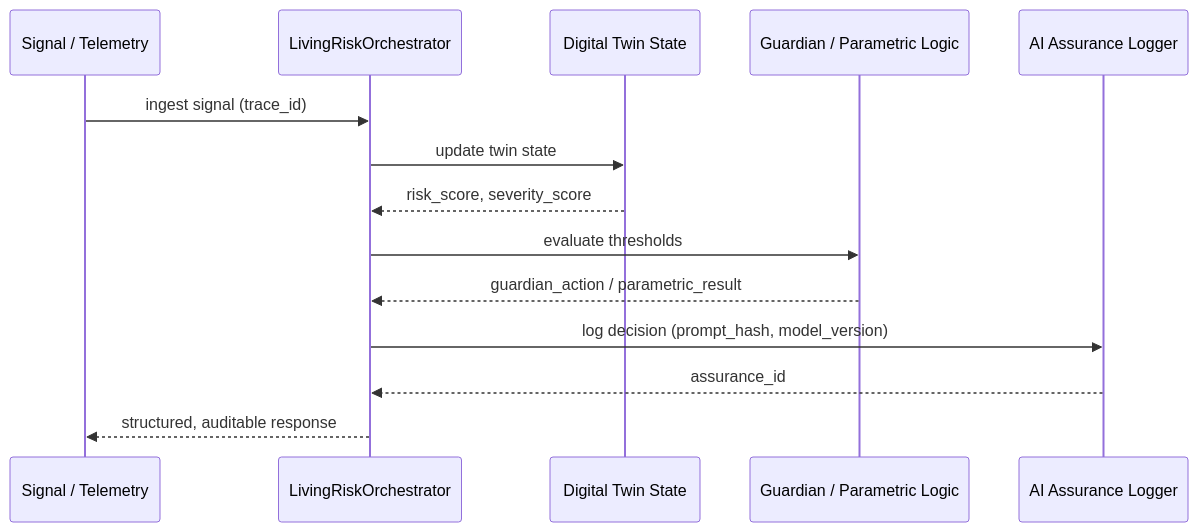
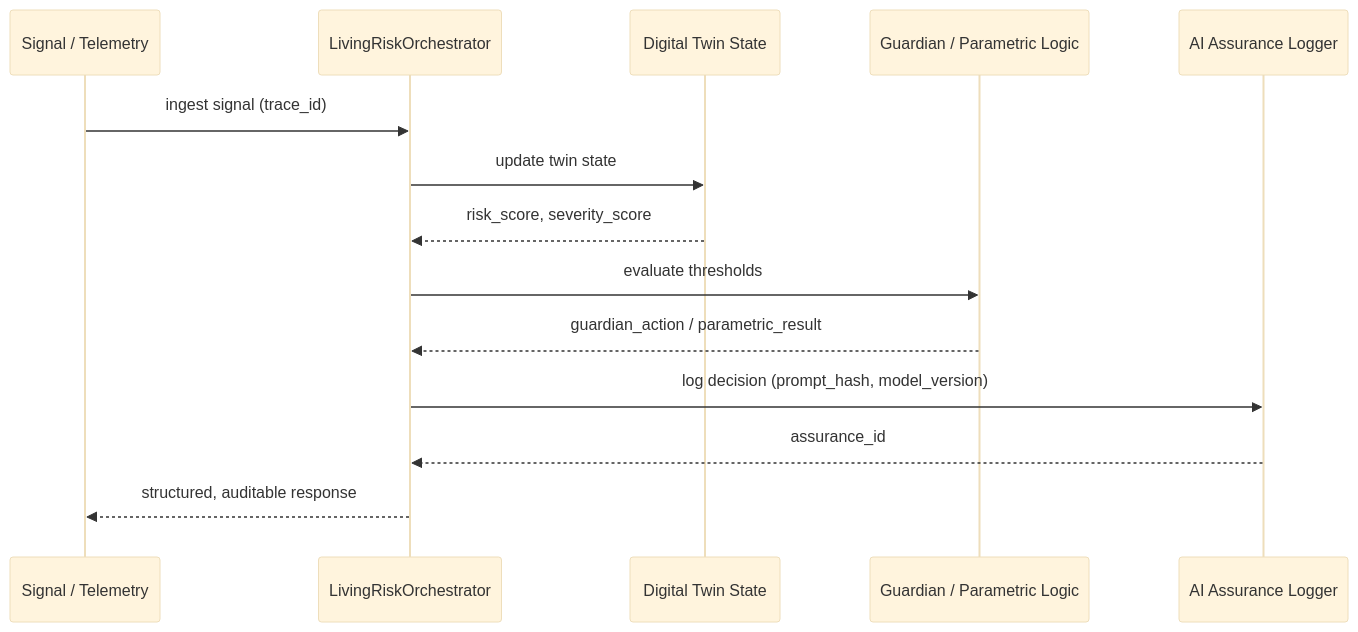
One commit to sehgalnamit/udp2-living-risk-engine changed the diagram in docs/ai-overview.md. Above: the diagram before and after it, drawn with Mermaid. The commit also changed 7 other files, not shown here.

Commit message:
Increase Mermaid diagram font size and disable max-width for better visibility

````diff
--- a/docs/ai-overview.md
+++ b/docs/ai-overview.md
@@ -7,17 +7,18 @@
 ```mermaid
+%%{init: {'theme': 'base', 'themeVariables': {'fontSize': '24px'}, 'sequence': {'useMaxWidth': false, 'actorMargin': 90, 'messageMargin': 70, 'boxMargin': 20}}}%%
 sequenceDiagram
     participant S as Signal / Telemetry
     participant O as LivingRiskOrchestrator
     participant T as Digital Twin State
     participant G as Guardian / Parametric Logic
     participant A as AI Assurance Logger
 
     S->>O: ingest signal (trace_id)
     O->>T: update twin state
     T-->>O: risk_score, severity_score
     O->>G: evaluate thresholds
     G-->>O: guardian_action / parametric_result
     O->>A: log decision (prompt_hash, model_version)
     A-->>O: assurance_id
     O-->>S: structured, auditable response
 ```
````
